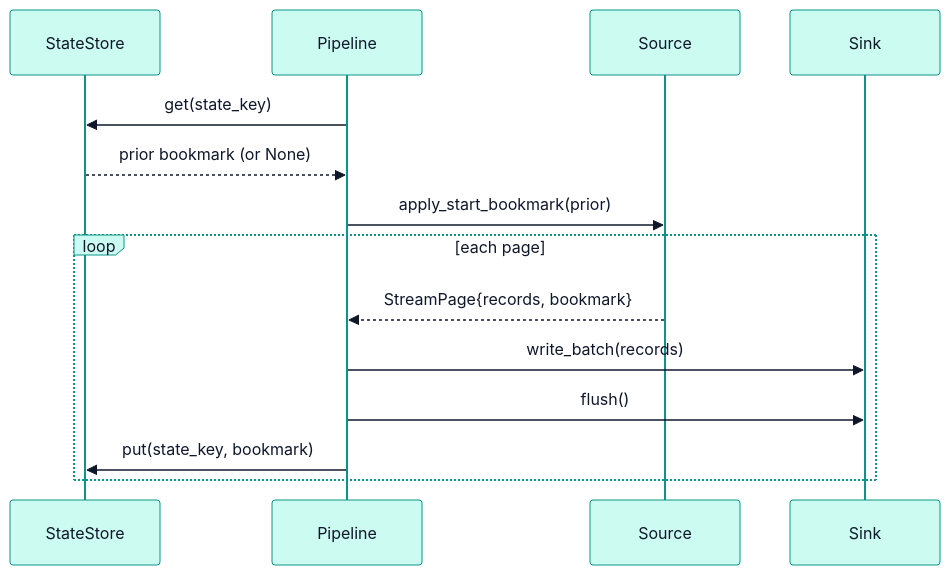
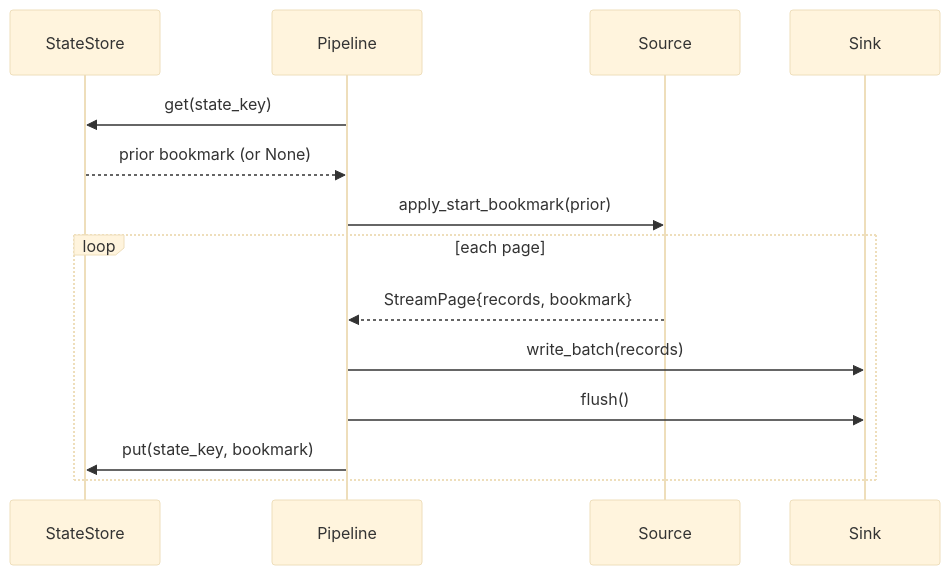
Before and after one commit to PawanSikawat/faucet-stream: the diagram in docs/architecture/state-management.md, drawn with Mermaid. The commit also changed 28 other files, not shown here.

First line of the commit message:
docs: upgrade Mermaid diagrams to V2 role-coded style

````diff
--- a/docs/architecture/state-management.md
+++ b/docs/architecture/state-management.md
@@ -39,17 +39,17 @@
 ```mermaid
-%%{init: {'theme':'base','themeVariables':{'primaryColor':'#ccfbf1','primaryTextColor':'#0f172a','primaryBorderColor':'#0d9488','lineColor':'#0f766e','secondaryColor':'#e0f2fe','tertiaryColor':'#f0fdfa','fontFamily':'-apple-system,BlinkMacSystemFont,Segoe UI,sans-serif'}}}%%
+%%{init: {'theme':'base','themeVariables':{'fontFamily':'-apple-system,BlinkMacSystemFont,Segoe UI,sans-serif','fontSize':'14px','lineColor':'#a5b4c4','clusterBkg':'#f8fafc','clusterBorder':'#e2e8f0'}}}%%
 sequenceDiagram
     participant SS as StateStore
     participant P as Pipeline
     participant Src as Source
     participant Snk as Sink
     P->>SS: get(state_key)
     SS-->>P: prior bookmark (or None)
     P->>Src: apply_start_bookmark(prior)
     loop each page
         Src-->>P: StreamPage{records, bookmark}
         P->>Snk: write_batch(records)
         P->>Snk: flush()
         P->>SS: put(state_key, bookmark)
     end
 ```
````
